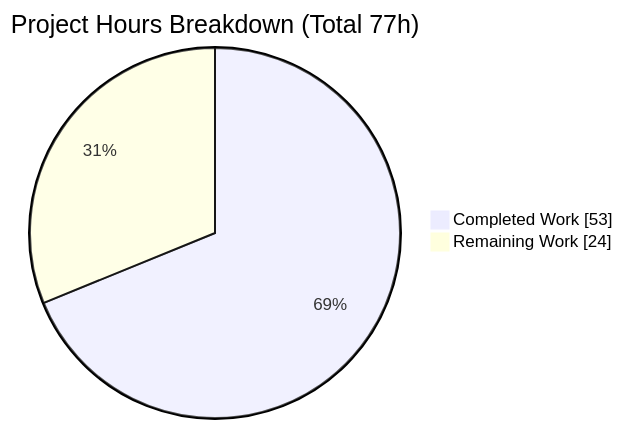
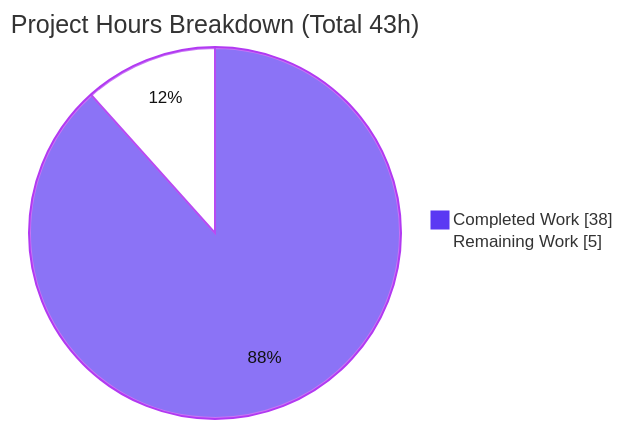
The second of 3 diagrams in blitzy/documentation/Project Guide.md (blitzy-public-samples/blitzy-kubernetes), drawn with Mermaid before and after one commit. The commit also changed other lines of this file, not shown here.

Commit message:
Adding Blitzy Project Guide: Project Status and Human Tasks Remaining

````diff
--- a/blitzy/documentation/Project Guide.md
+++ b/blitzy/documentation/Project Guide.md
@@ -193,5 +172,6 @@
 ```mermaid
-pie showData title Project Hours Breakdown (Total 77h)
-    "Completed Work" : 53
-    "Remaining Work" : 24
+%%{init: {'theme':'base', 'themeVariables': {'pie1':'#5B39F3','pie2':'#FFFFFF','pieStrokeColor':'#B23AF2','pieStrokeWidth':'2px','pieOuterStrokeColor':'#B23AF2','pieOuterStrokeWidth':'2px','pieSectionTextColor':'#111'}}}%%
+pie showData title Project Hours Breakdown (Total 43h)
+    "Completed Work" : 38
+    "Remaining Work" : 5
 ```
````
